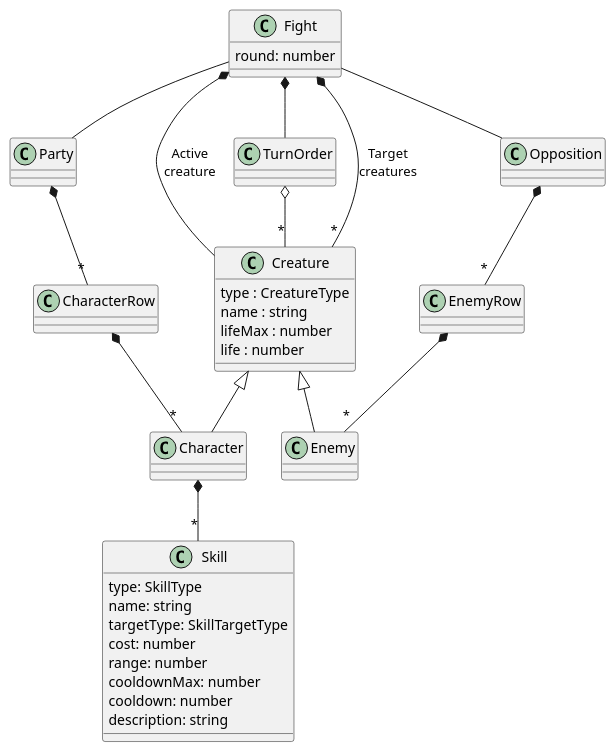
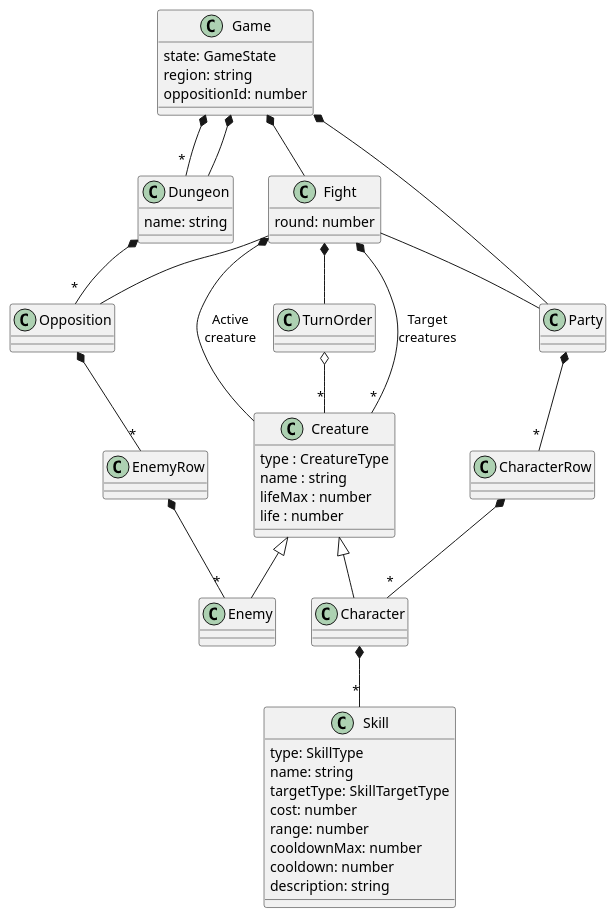
The diagram in doc/model.puml (fbeaufume/draconis), drawn with PlantUML before and after one commit. The commit also changed 1 other file, not shown here.

Commit message:
Extracted the dungeon classes

```diff
--- a/doc/model.puml
+++ b/doc/model.puml
@@ -1,60 +1,75 @@
 @startuml
+
+class Game {
+  state: GameState
+  region: string
+  oppositionId: number
+}
+
+class Dungeon {
+  name: string
+}
 
 class Creature {
   type : CreatureType
   name : string
   lifeMax : number
   life : number
 }
 
 class Skill {
   type: SkillType
   name: string
   targetType: SkillTargetType
   cost: number
   range: number
   cooldownMax: number
   cooldown: number
   description: string
 }
 
 class Character {
 }
 
 class CharacterRow {
 }
 
 class Party {
 }
 
 class Enemy {
 }
 
 class EnemyRow {
 }
 
 class Opposition {
 }
 
 class TurnOrder {
 }
 
 class Fight {
   round: number
 }
 
+Game *-- Party
+Game *-- Fight
+Game *-- "*" Dungeon
+Game *-- Dungeon
+Dungeon *-- "*" Opposition
 Creature <|-- Character
 Character *-- "*" Skill
 Creature <|-- Enemy
 CharacterRow *-- "*" Character
 Party *-- "*" CharacterRow
 EnemyRow *-- "*" Enemy
 Opposition *-- "*" EnemyRow
 TurnOrder o-- "*" Creature
 Fight -- Party
 Fight -- Opposition
 Fight *-- TurnOrder
 Fight *-- Creature : "Active\ncreature"
 Fight *-- "*" Creature : "Target\ncreatures"
 
 @enduml
```
